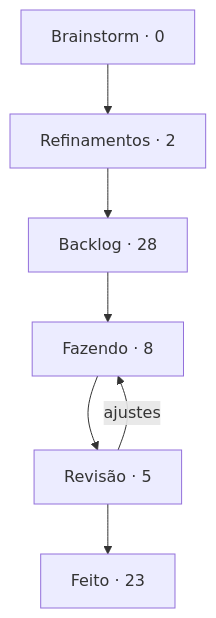
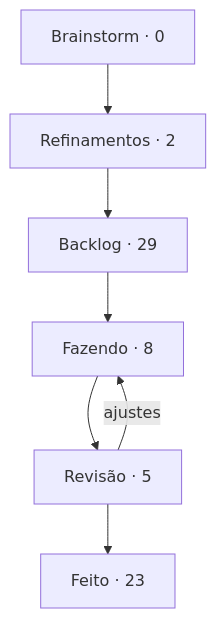
The diagram in boards/dungeon-bend/BOARD.md (StudioVibi/VibiKanban), drawn with Mermaid before and after one commit. The commit also changed other lines of this file and 2 other files, not shown here.

````diff
--- a/boards/dungeon-bend/BOARD.md
+++ b/boards/dungeon-bend/BOARD.md
@@ -5,12 +5,12 @@
 ```mermaid
 flowchart TD
   brainstorm["Brainstorm · 0"] --> refinamentos["Refinamentos · 2"]
-  refinamentos --> backlog["Backlog · 28"]
+  refinamentos --> backlog["Backlog · 29"]
   backlog --> doing["Fazendo · 8"]
   doing --> review["Revisão · 5"]
   review --> done["Feito · 23"]
   review -->|ajustes| doing
   doing:::blue
   review:::yellow
   done:::green
 ```
````
